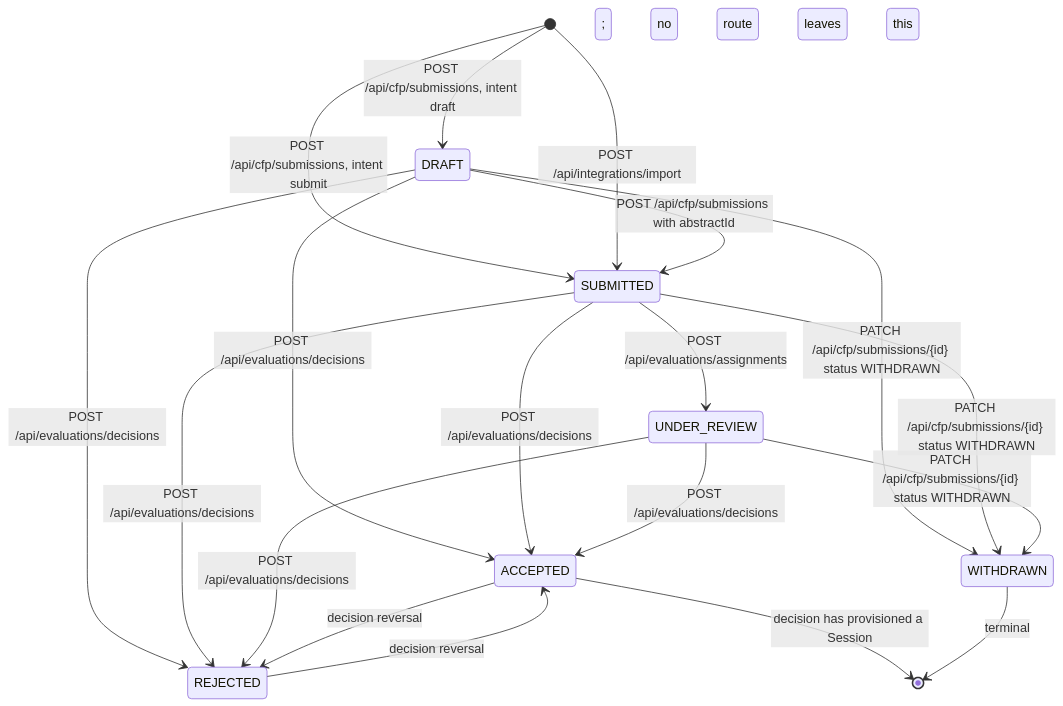
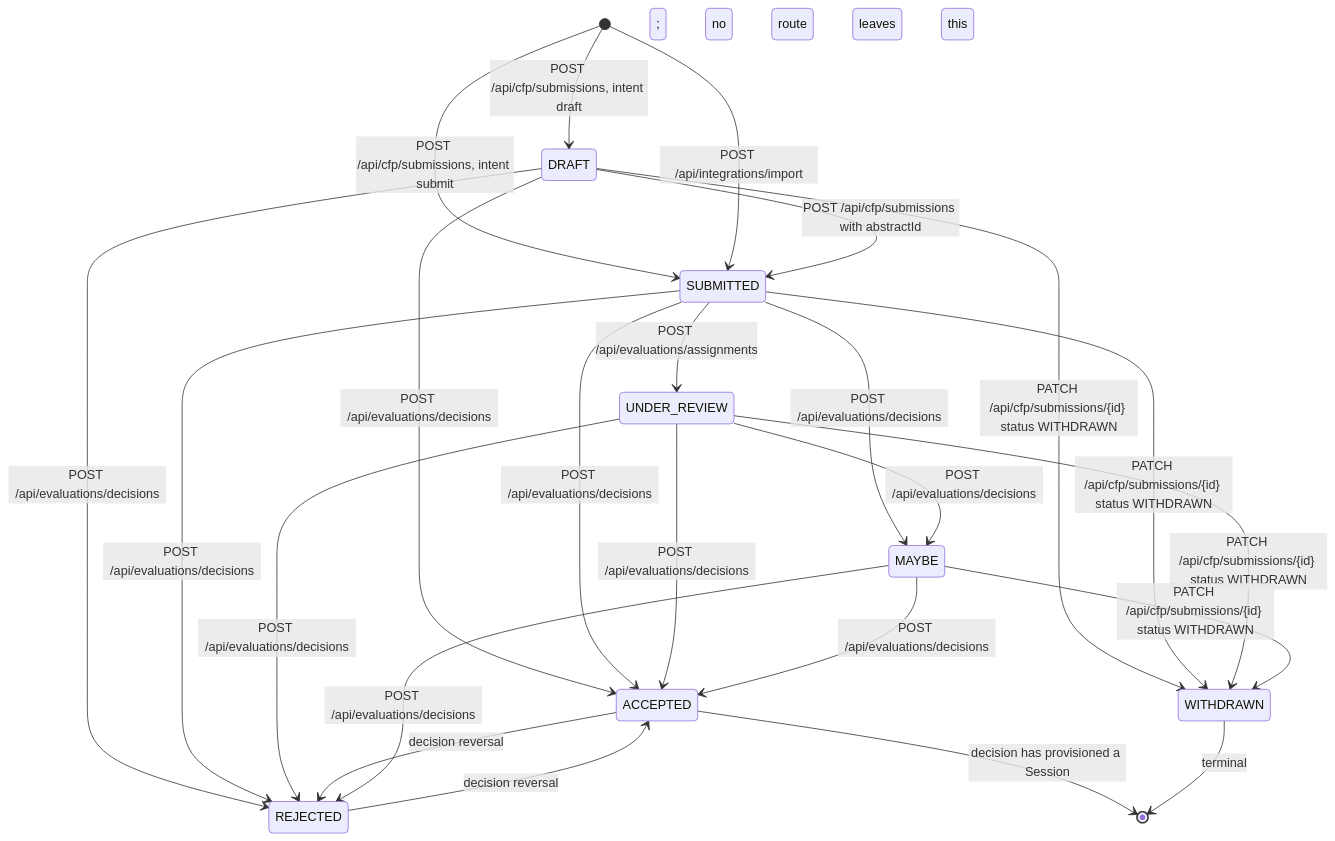
One commit to Frostbite1536/greenroom changed the first of 3 diagrams in docs/LIFECYCLE.md. Above: the diagram before and after it, drawn with Mermaid. The commit also changed other lines of this file and 1 other file, not shown here.

Commit message:
docs(lifecycle): draw the MAYBE arrows the code already implements (SM1)
lib/services/speaker-edit.ts lists MAYBE in both WITHDRAWABLE_STATUSES and
EDITABLE_STATUSES, but docs/LIFECYCLE.md contained the string "MAYBE" nowhere:
the diagram had no MAYBE state, the transition table's withdraw row named only
DRAFT/SUBMITTED/UNDER_REVIEW, and the R1 editing table had no MAYBE row. The
prose two paragraphs below already told the reader a Maybe abstract can be
withdrawn, so the doc contradicted itself.

Added: MAYBE's inbound/outbound decision arrows and MAYBE --> WITHDRAWN in the
diagram (an arrow out of a state with no way in would have rendered as a
floating node); a table row for the non-final MAYBE decision incl. its
409 MAYBE_NOT_AVAILABLE guard; MAYBE in the withdraw row's From column; a
MAYBE row in the R1 editing table.

Pinned in lib/services/speaker-edit.test.ts: the doc must list every status
these two exported sets actually allow. Verified non-vacuous — the new test
fails against the pre-fix doc with "LIFECYCLE.md omits the MAYBE -> WITHDRAWN
transition this module implements".

Claude-Session: https://claude.ai/code/session_01Lb1Fr7YfwYaejwsjhX36an

````diff
--- a/docs/LIFECYCLE.md
+++ b/docs/LIFECYCLE.md
@@ -17,21 +17,26 @@
 ```mermaid
 stateDiagram-v2
     [*] --> DRAFT: POST /api/cfp/submissions, intent draft
     [*] --> SUBMITTED: POST /api/cfp/submissions, intent submit
     [*] --> SUBMITTED: POST /api/integrations/import
     DRAFT --> SUBMITTED: POST /api/cfp/submissions with abstractId
     DRAFT --> ACCEPTED: POST /api/evaluations/decisions
     DRAFT --> REJECTED: POST /api/evaluations/decisions
     SUBMITTED --> UNDER_REVIEW: POST /api/evaluations/assignments
     SUBMITTED --> ACCEPTED: POST /api/evaluations/decisions
     SUBMITTED --> REJECTED: POST /api/evaluations/decisions
     UNDER_REVIEW --> ACCEPTED: POST /api/evaluations/decisions
     UNDER_REVIEW --> REJECTED: POST /api/evaluations/decisions
     ACCEPTED --> REJECTED: decision reversal
     REJECTED --> ACCEPTED: decision reversal
+    SUBMITTED --> MAYBE: POST /api/evaluations/decisions
+    UNDER_REVIEW --> MAYBE: POST /api/evaluations/decisions
+    MAYBE --> ACCEPTED: POST /api/evaluations/decisions
+    MAYBE --> REJECTED: POST /api/evaluations/decisions
     DRAFT --> WITHDRAWN: PATCH /api/cfp/submissions/{id} status WITHDRAWN
     SUBMITTED --> WITHDRAWN: PATCH /api/cfp/submissions/{id} status WITHDRAWN
     UNDER_REVIEW --> WITHDRAWN: PATCH /api/cfp/submissions/{id} status WITHDRAWN
+    MAYBE --> WITHDRAWN: PATCH /api/cfp/submissions/{id} status WITHDRAWN
     ACCEPTED --> [*]: decision has provisioned a Session
     WITHDRAWN --> [*]: terminal; no route leaves this state
 ```
````
